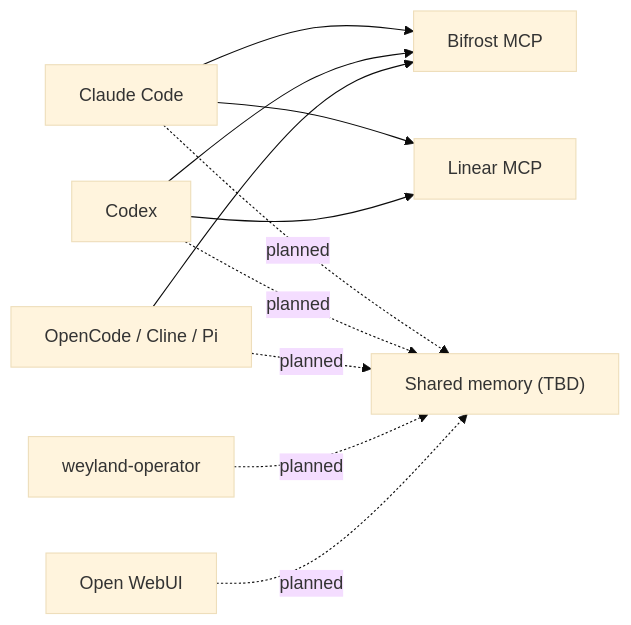
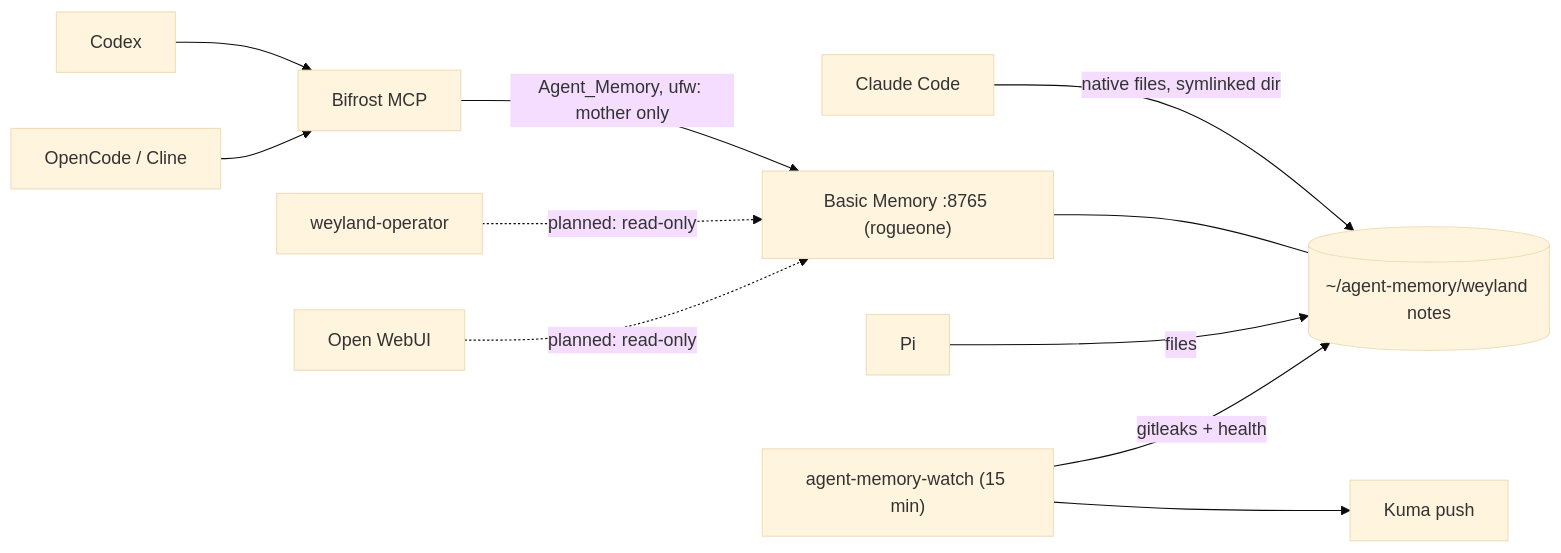
Before and after one commit to edtbl76/weyland-lab: the fourth of 4 diagrams in docs/arch.md, drawn with Mermaid (base theme). The commit also changed other lines of this file and 24 other files, not shown here.

First line of the commit message:
Add agent-memory-watch scripts and timer service for B182

````diff
--- a/docs/arch.md
+++ b/docs/arch.md
@@ -1112,13 +1116,13 @@
 ```mermaid
 flowchart LR
-  CC["Claude Code"] --> BF["Bifrost MCP"]
-  CX["Codex"] --> BF
-  OC["OpenCode / Cline / Pi"] --> BF
-  CC --> LN["Linear MCP"]
-  CX --> LN
-  CC -.->|planned| MEM["Shared memory (TBD)"]
-  CX -.->|planned| MEM
-  OC -.->|planned| MEM
-  OP["weyland-operator"] -.->|planned| MEM
-  OW["Open WebUI"] -.->|planned| MEM
+  CC["Claude Code"] -->|native files, symlinked dir| NOTES[("~/agent-memory/weyland notes")]
+  BM["Basic Memory :8765 (rogueone)"] --- NOTES
+  CX["Codex"] --> BF["Bifrost MCP"]
+  OC["OpenCode / Cline"] --> BF
+  BF -->|Agent_Memory, ufw: mother only| BM
+  PI["Pi"] -->|files| NOTES
+  OP["weyland-operator"] -.->|planned: read-only| BM
+  OW["Open WebUI"] -.->|planned: read-only| BM
+  W["agent-memory-watch (15 min)"] -->|gitleaks + health| NOTES
+  W --> K["Kuma push"]
 ```
````
